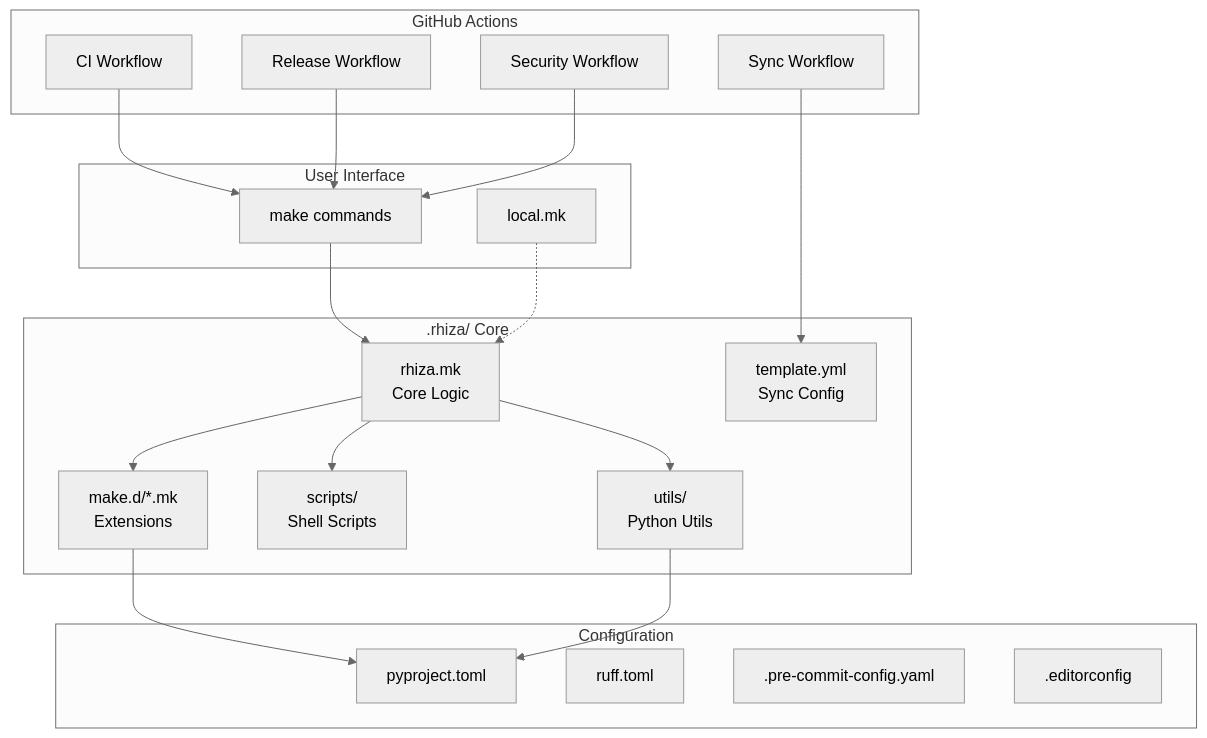
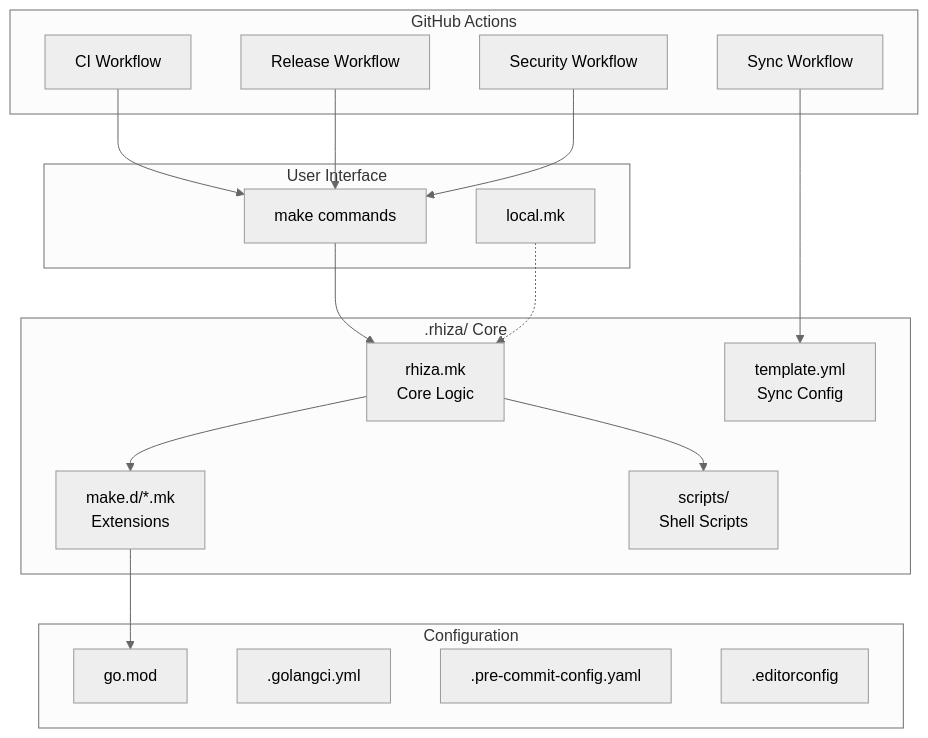
Before and after one commit to Jebel-Quant/rhiza-go: the first of 8 diagrams in docs/ARCHITECTURE.md, drawn with Mermaid (neutral theme). The commit also changed other lines of this file and 17 other files, not shown here.

````diff
--- a/docs/ARCHITECTURE.md
+++ b/docs/ARCHITECTURE.md
@@ -7,41 +7,38 @@
 ```mermaid
 flowchart TB
     subgraph User["User Interface"]
         make[make commands]
         local[local.mk]
     end
 
     subgraph Core[".rhiza/ Core"]
         rhizamk[rhiza.mk<br/>Core Logic]
         maked[make.d/*.mk<br/>Extensions]
         scripts[scripts/<br/>Shell Scripts]
-        utils[utils/<br/>Python Utils]
         template[template.yml<br/>Sync Config]
     end
 
     subgraph Config["Configuration"]
-        pyproject[pyproject.toml]
-        ruff[ruff.toml]
+        gomod[go.mod]
+        golangci[.golangci.yml]
         precommit[.pre-commit-config.yaml]
         editorconfig[.editorconfig]
     end
 
     subgraph CI["GitHub Actions"]
         ci[CI Workflow]
         release[Release Workflow]
         security[Security Workflow]
         sync[Sync Workflow]
     end
 
     make --> rhizamk
     local -.-> rhizamk
     rhizamk --> maked
     rhizamk --> scripts
-    rhizamk --> utils
-    maked --> pyproject
-    utils --> pyproject
+    maked --> gomod
     ci --> make
     release --> make
     security --> make
     sync --> template
 ```
````
